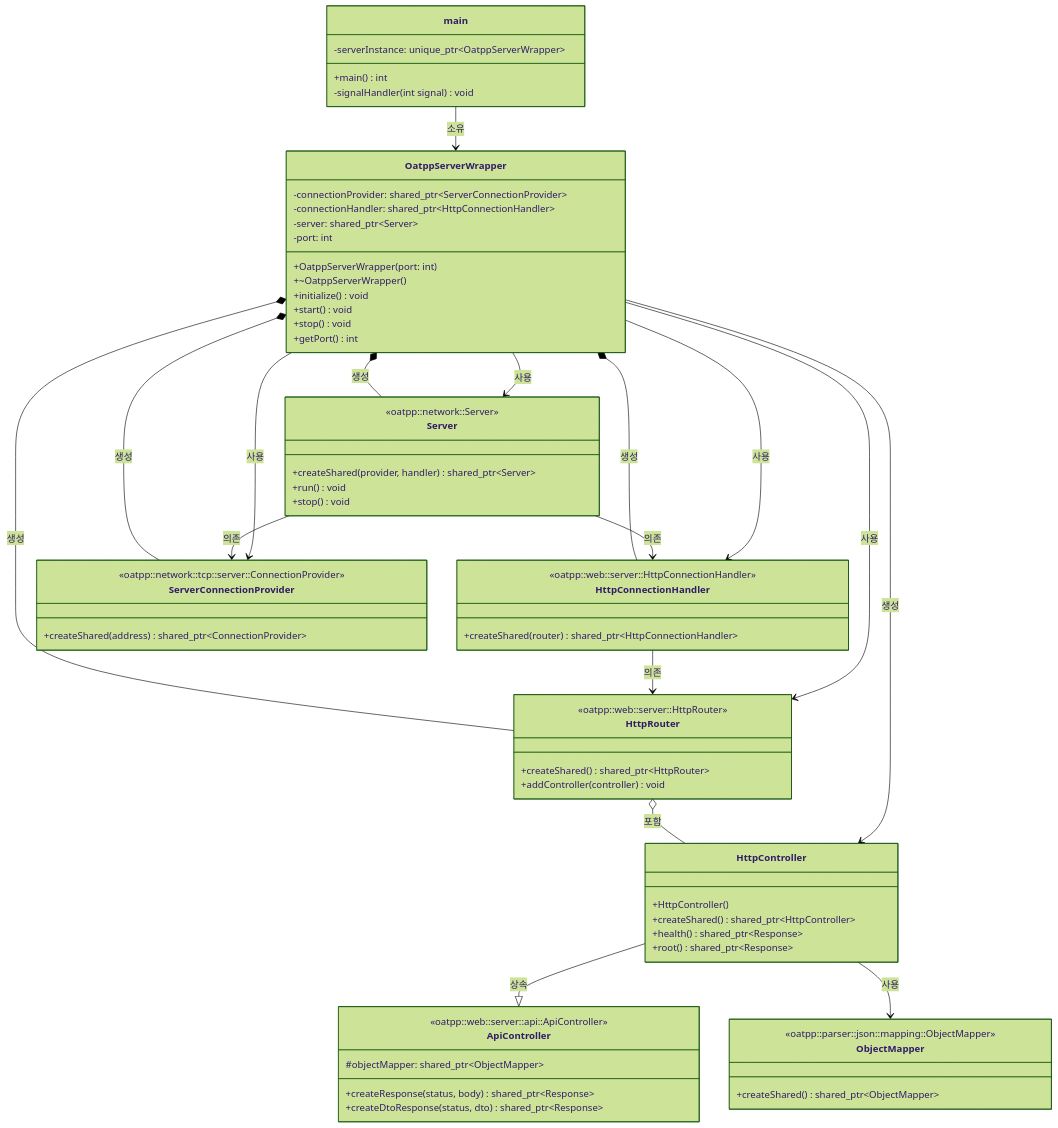
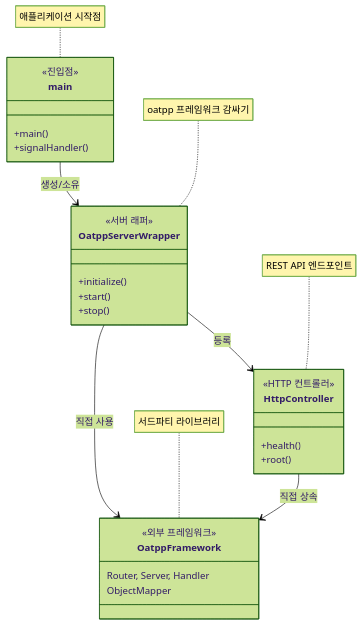
One commit to whyjp/noatpp-sse changed the diagram in documents/PHASE1_ARCHITECTURE.md. Above: the diagram before and after it, drawn with Mermaid (forest theme). The commit also changed other lines of this file, not shown here.

Commit message:
개선: 1단계 아키텍처 다이어그램 단순화
주요 변경사항:
- 복잡한 세부 클래스들을 제거하고 핵심 컴포넌트만 표시
- 실제 구현 상황을 정확히 반영 (레이어 분리 없음)
- 직접적인 의존 관계 명시
- 각 컴포넌트의 역할을 명확하게 표현

개선된 다이어그램:
- main (진입점)
- OatppServerWrapper (서버 래퍼)
- HttpController (HTTP 컨트롤러)
- OatppFramework (외부 프레임워크)

더 이해하기 쉽고 현재 1단계의 단순한 구조를 잘 보여줌

🤖 Generated with Claude Code

````diff
--- a/documents/PHASE1_ARCHITECTURE.md
+++ b/documents/PHASE1_ARCHITECTURE.md
@@ -9,90 +9,41 @@
 ```mermaid
 classDiagram
-    %% 애플리케이션 진입점
+    %% 1단계: 단순한 3계층 구조
+    
     class main {
-        +main() int
-        -signalHandler(int signal) void
-        -serverInstance: unique_ptr~OatppServerWrapper~
+        <<진입점>>
+        +main()
+        +signalHandler()
     }
 
-    %% 인프라스트럭처 레이어 - Oatpp 래퍼
     class OatppServerWrapper {
-        -connectionProvider: shared_ptr~ServerConnectionProvider~
-        -connectionHandler: shared_ptr~HttpConnectionHandler~
-        -server: shared_ptr~Server~
-        -port: int
-        +OatppServerWrapper(port: int)
-        +~OatppServerWrapper()
-        +initialize() void
-        +start() void
-        +stop() void
-        +getPort() int
+        <<서버 래퍼>>
+        +initialize()
+        +start()
+        +stop()
     }
 
-    %% 프레젠테이션 레이어 - 컨트롤러
     class HttpController {
-        +HttpController()
-        +createShared() shared_ptr~HttpController~
-        +health() shared_ptr~Response~
-        +root() shared_ptr~Response~
+        <<HTTP 컨트롤러>>
+        +health()
+        +root()
     }
 
-    %% 외부 의존성 - oatpp 프레임워크
-    class ApiController {
-        <<oatpp::web::server::api::ApiController>>
-        #objectMapper: shared_ptr~ObjectMapper~
-        +createResponse(status, body) shared_ptr~Response~
-        +createDtoResponse(status, dto) shared_ptr~Response~
+    class OatppFramework {
+        <<외부 프레임워크>>
+        Router, Server, Handler
+        ObjectMapper
     }
 
-    class HttpRouter {
-        <<oatpp::web::server::HttpRouter>>
-        +createShared() shared_ptr~HttpRouter~
-        +addController(controller) void
-    }
+    %% 직접적인 의존 관계
+    main --> OatppServerWrapper : 생성/소유
+    OatppServerWrapper --> HttpController : 등록
+    OatppServerWrapper --> OatppFramework : 직접 사용
+    HttpController --> OatppFramework : 직접 상속
 
-    class HttpConnectionHandler {
-        <<oatpp::web::server::HttpConnectionHandler>>
-        +createShared(router) shared_ptr~HttpConnectionHandler~
-    }
-
-    class ServerConnectionProvider {
-        <<oatpp::network::tcp::server::ConnectionProvider>>
-        +createShared(address) shared_ptr~ConnectionProvider~
-    }
-
-    class Server {
-        <<oatpp::network::Server>>
-        +createShared(provider, handler) shared_ptr~Server~
-        +run() void
-        +stop() void
-    }
-
-    class ObjectMapper {
-        <<oatpp::parser::json::mapping::ObjectMapper>>
-        +createShared() shared_ptr~ObjectMapper~
-    }
-
-    %% 관계
-    main --> OatppServerWrapper : 소유
-    OatppServerWrapper --> HttpController : 생성
-    OatppServerWrapper --> HttpRouter : 사용
-    OatppServerWrapper --> HttpConnectionHandler : 사용  
-    OatppServerWrapper --> ServerConnectionProvider : 사용
-    OatppServerWrapper --> Server : 사용
-
-    HttpController --|> ApiController : 상속
-    HttpController --> ObjectMapper : 사용
-
-    HttpConnectionHandler --> HttpRouter : 의존
-    Server --> ServerConnectionProvider : 의존
-    Server --> HttpConnectionHandler : 의존
-
-    %% 구성 관계
-    OatppServerWrapper *-- HttpRouter : 생성
-    OatppServerWrapper *-- HttpConnectionHandler : 생성
-    OatppServerWrapper *-- ServerConnectionProvider : 생성
-    OatppServerWrapper *-- Server : 생성
-
-    HttpRouter o-- HttpController : 포함
+    %% 주석: 현재는 레이어 분리 없음
+    note for main "애플리케이션 시작점"
+    note for OatppServerWrapper "oatpp 프레임워크 감싸기"
+    note for HttpController "REST API 엔드포인트"
+    note for OatppFramework "서드파티 라이브러리"
 ```
````
